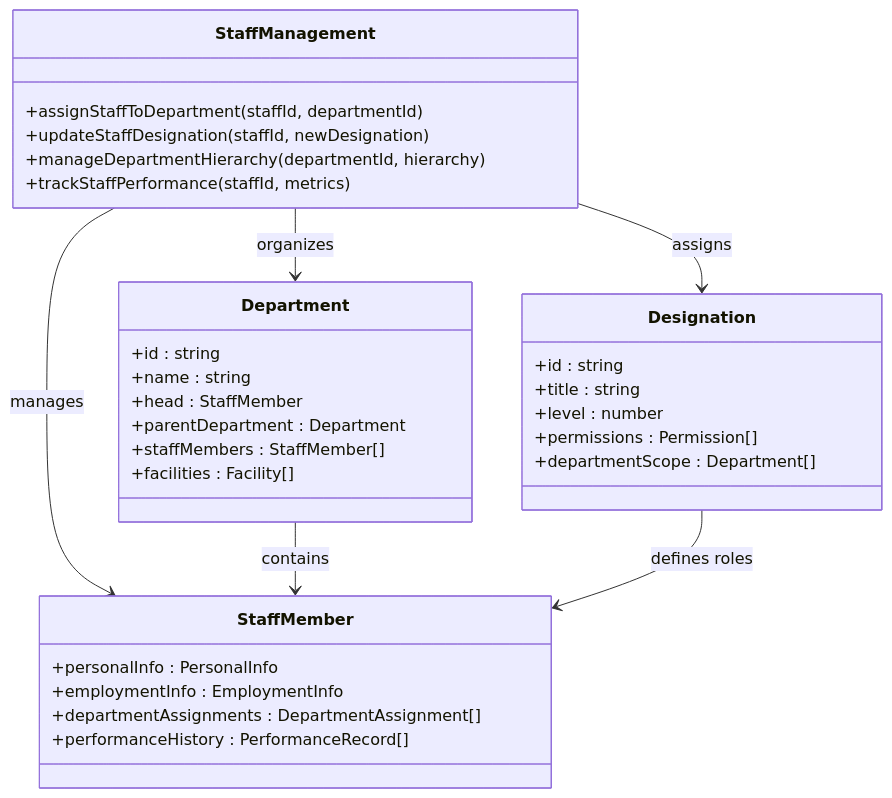
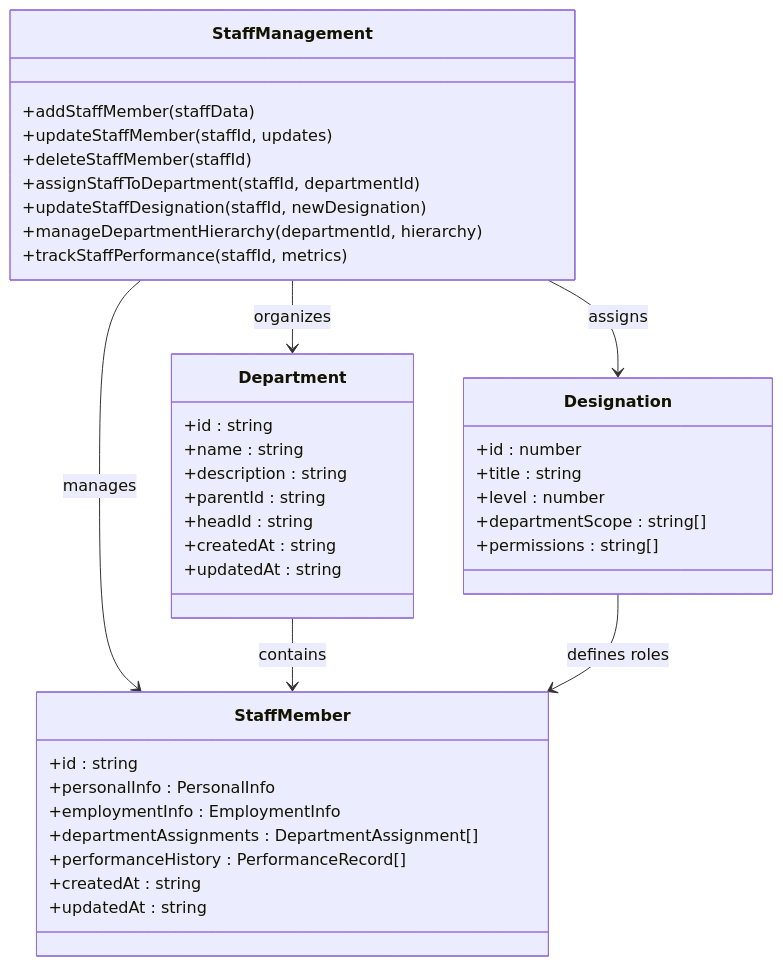
Before and after one commit to geniusdynamics/schoolpilot: the fifth of 8 diagrams in .qoder/repowiki/en/content/Modules System/Administration Module.md, drawn with Mermaid. The commit also changed other lines of this file and 16 other files, not shown here.

````diff
--- a/.qoder/repowiki/en/content/Modules System/Administration Module.md
+++ b/.qoder/repowiki/en/content/Modules System/Administration Module.md
@@ -207,35 +328,42 @@
 ```mermaid
 classDiagram
 class StaffManagement {
++addStaffMember(staffData)
++updateStaffMember(staffId, updates)
++deleteStaffMember(staffId)
 +assignStaffToDepartment(staffId, departmentId)
 +updateStaffDesignation(staffId, newDesignation)
 +manageDepartmentHierarchy(departmentId, hierarchy)
 +trackStaffPerformance(staffId, metrics)
 }
 class Department {
 +id : string
 +name : string
-+head : StaffMember
-+parentDepartment : Department
-+staffMembers : StaffMember[]
-+facilities : Facility[]
++description : string
++parentId : string
++headId : string
++createdAt : string
++updatedAt : string
 }
 class Designation {
-+id : string
++id : number
 +title : string
 +level : number
-+permissions : Permission[]
-+departmentScope : Department[]
++departmentScope : string[]
++permissions : string[]
 }
 class StaffMember {
++id : string
 +personalInfo : PersonalInfo
 +employmentInfo : EmploymentInfo
 +departmentAssignments : DepartmentAssignment[]
 +performanceHistory : PerformanceRecord[]
++createdAt : string
++updatedAt : string
 }
 StaffManagement --> Department : organizes
 StaffManagement --> Designation : assigns
 StaffManagement --> StaffMember : manages
 Department --> StaffMember : contains
 Designation --> StaffMember : defines roles
 ```
````
